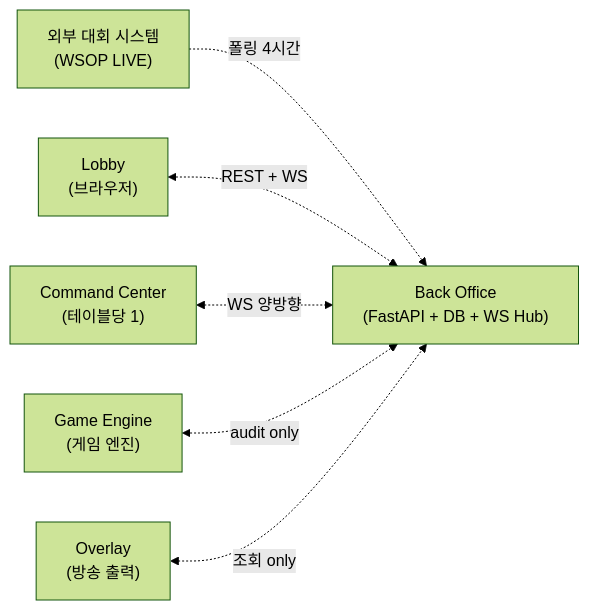
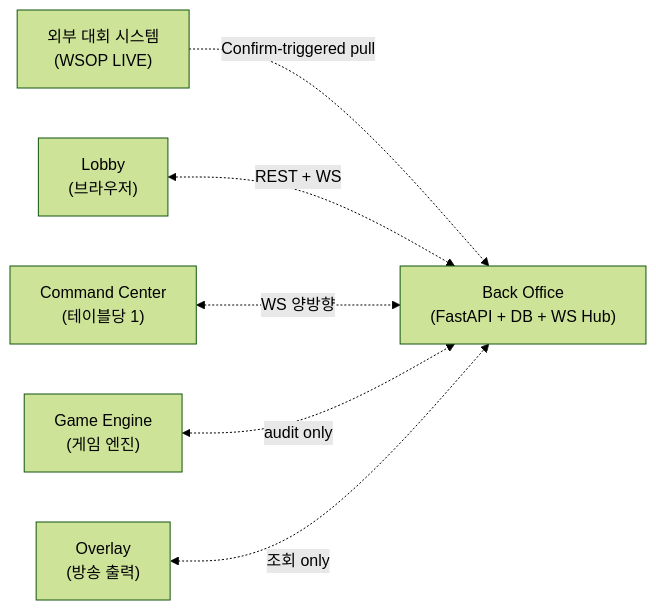
One commit to garimto81/ebs_github changed the first of 10 diagrams in docs/1. Product/Back_Office.md. Above: the diagram before and after it, drawn with Mermaid (forest theme). The commit also changed other lines of this file, not shown here.

First line of the commit message:
docs(s10-w/cycle-10): Back_Office.md v1.2.0 — 3 critiques 정합 (DB schema + WSOP LIVE Confirm-trigger + PokerGFX patterns)

````diff
--- a/docs/1. Product/Back_Office.md
+++ b/docs/1. Product/Back_Office.md
@@ -89,15 +97,15 @@
 ```mermaid
 flowchart LR
     Ext["외부 대회 시스템<br/>(WSOP LIVE)"]
     BO["Back Office<br/>(FastAPI + DB + WS Hub)"]
     LO["Lobby<br/>(브라우저)"]
     CC["Command Center<br/>(테이블당 1)"]
     Eng["Game Engine<br/>(게임 엔진)"]
     OV["Overlay<br/>(방송 출력)"]
 
-    Ext -.폴링 4시간.-> BO
+    Ext -.Confirm-triggered pull.-> BO
     LO <-.REST + WS.-> BO
     CC <-.WS 양방향.-> BO
     Eng <-.audit only.-> BO
     OV <-.조회 only.-> BO
 ```
````
